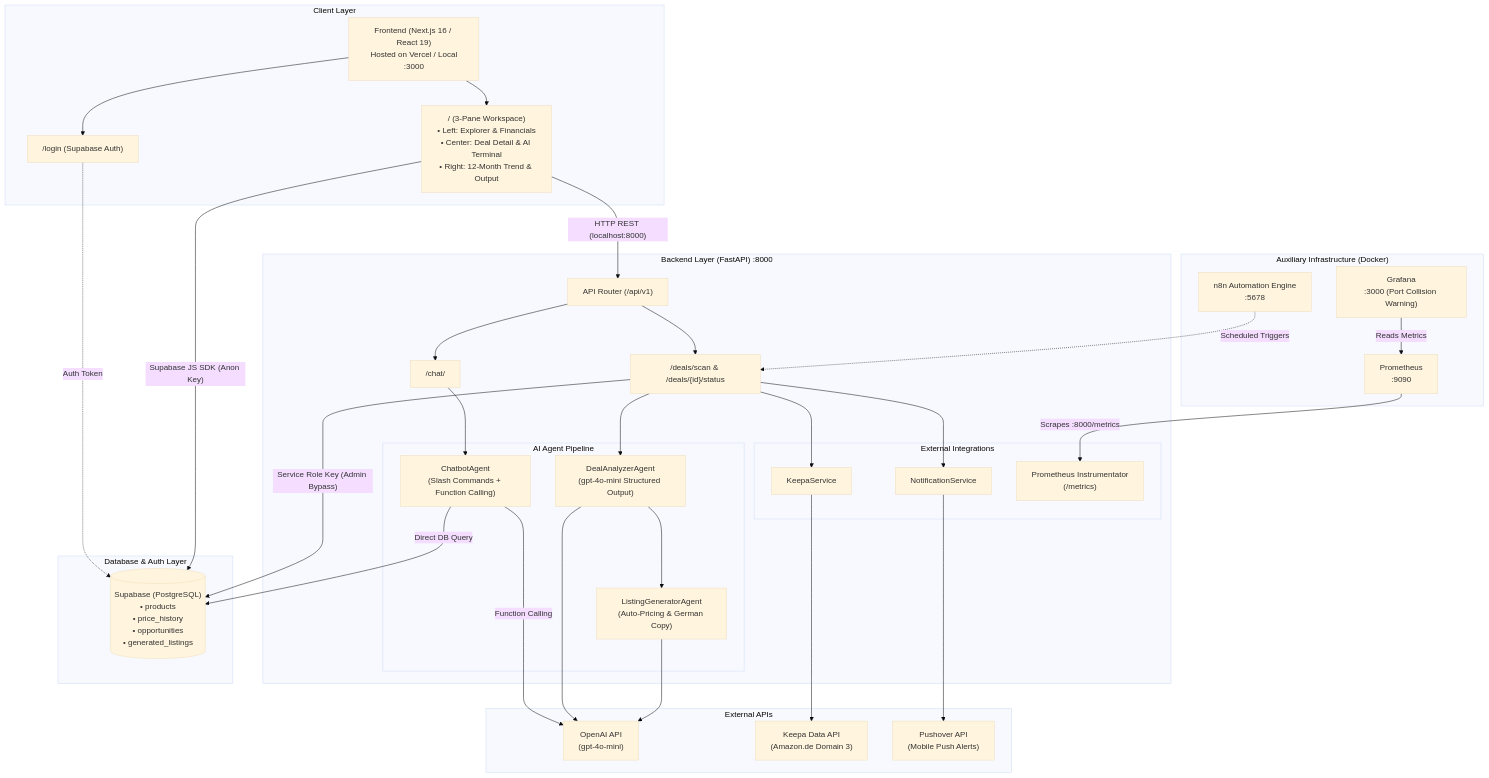
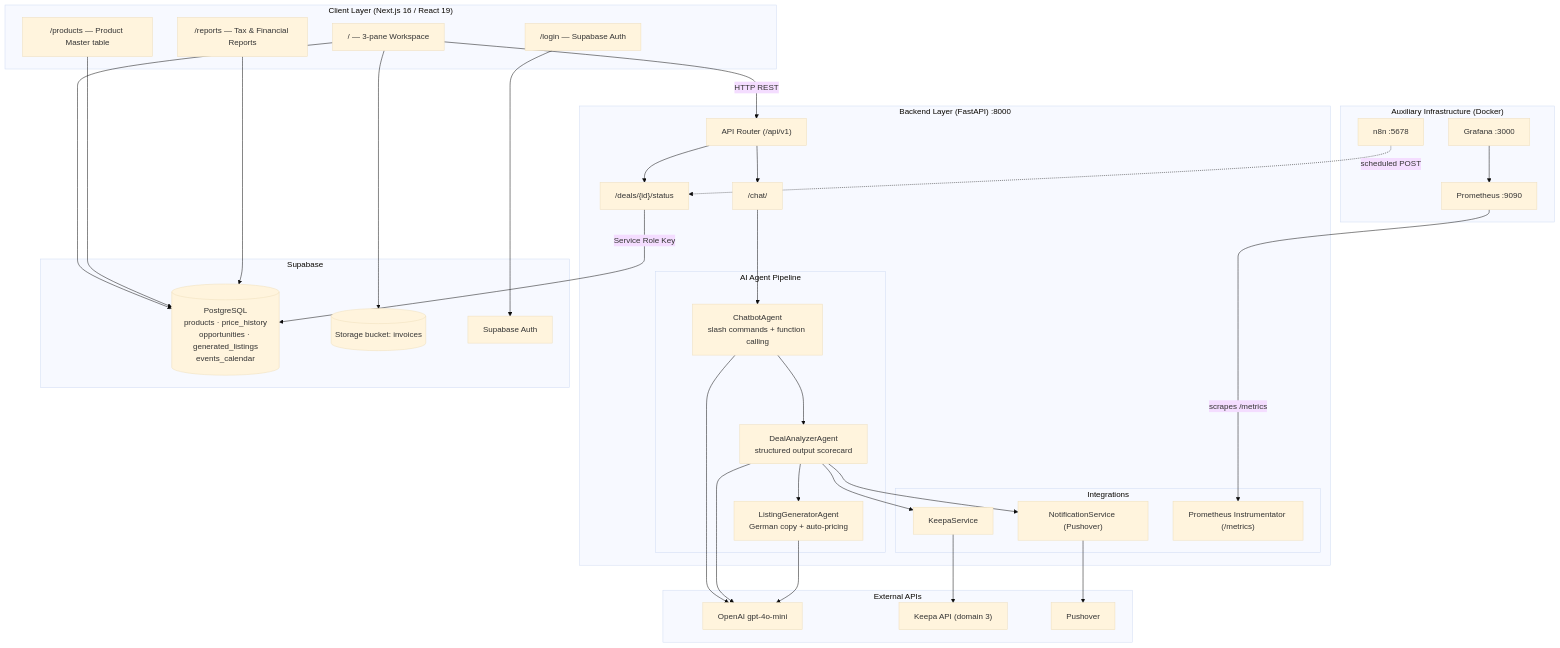
Before and after one commit to ridvanyigit/vindera-workspace: the second of 4 diagrams in TECH-DOKUMENTATION.md, drawn with Mermaid (base theme). The commit also changed other lines of this file and 9 other files, not shown here.

````diff
--- a/TECH-DOKUMENTATION.md
+++ b/TECH-DOKUMENTATION.md
@@ -62,71 +65,71 @@
 ```mermaid
 graph TB
-    subgraph Client ["Client Layer"]
-        FE["Frontend (Next.js 16 / React 19)<br/>Hosted on Vercel / Local<br/>:3000"]
-        LOGIN["/login (Supabase Auth)"]
-        DASH["/ (3-Pane Workspace)<br/>• Left: Explorer & Financials<br/>• Center: Deal Detail & AI Terminal<br/>• Right: 12-Month Trend & Output"]
+    subgraph Client ["Client Layer (Next.js 16 / React 19)"]
+        LOGIN["/login — Supabase Auth"]
+        DASH["/ — 3-pane Workspace"]
+        PROD["/products — Product Master table"]
+        REP["/reports — Tax & Financial Reports"]
     end
 
     subgraph BackendApp ["Backend Layer (FastAPI) :8000"]
         API_ROUTER["API Router (/api/v1)"]
         CHAT_EP["/chat/"]
-        DEALS_EP["/deals/scan & /deals/{id}/status"]
-        
+        DEALS_EP["/deals/{id}/status"]
+
         subgraph Agents ["AI Agent Pipeline"]
-            CHATBOT_AGENT["ChatbotAgent<br/>(Slash Commands + Function Calling)"]
-            DEAL_AGENT["DealAnalyzerAgent<br/>(gpt-4o-mini Structured Output)"]
-            LISTING_AGENT["ListingGeneratorAgent<br/>(Auto-Pricing & German Copy)"]
+            CHATBOT_AGENT["ChatbotAgent<br/>slash commands + function calling"]
+            DEAL_AGENT["DealAnalyzerAgent<br/>structured output scorecard"]
+            LISTING_AGENT["ListingGeneratorAgent<br/>German copy + auto-pricing"]
         end
 
-        subgraph Services ["External Integrations"]
+        subgraph Services ["Integrations"]
             KEEPA_SVC["KeepaService"]
-            NOTIF_SVC["NotificationService"]
-            PROM_INST["Prometheus Instrumentator<br/>(/metrics)"]
+            NOTIF_SVC["NotificationService (Pushover)"]
+            PROM_INST["Prometheus Instrumentator (/metrics)"]
         end
     end
 
-    subgraph DataLayer ["Database & Auth Layer"]
-        SUPABASE[("Supabase (PostgreSQL)<br/>• products<br/>• price_history<br/>• opportunities<br/>• generated_listings")]
+    subgraph DataLayer ["Supabase"]
+        SUPABASE[("PostgreSQL<br/>products · price_history<br/>opportunities · generated_listings<br/>events_calendar")]
+        STORAGE[("Storage bucket: invoices")]
+        AUTH["Supabase Auth"]
     end
 
     subgraph ExternalServices ["External APIs"]
-        OPENAI_API["OpenAI API<br/>(gpt-4o-mini)"]
-        KEEPA_API["Keepa Data API<br/>(Amazon.de Domain 3)"]
-        PUSHOVER_API["Pushover API<br/>(Mobile Push Alerts)"]
+        OPENAI_API["OpenAI gpt-4o-mini"]
+        KEEPA_API["Keepa API (domain 3)"]
+        PUSHOVER_API["Pushover"]
     end
 
-    subgraph AutomationAndMonitoring ["Auxiliary Infrastructure (Docker)"]
-        N8N["n8n Automation Engine<br/>:5678"]
-        PROM["Prometheus<br/>:9090"]
-        GRAFANA["Grafana<br/>:3000 (Port Collision Warning)"]
+    subgraph Infra ["Auxiliary Infrastructure (Docker)"]
+        N8N["n8n :5678"]
+        PROM["Prometheus :9090"]
+        GRAFANA["Grafana :3000"]
     end
 
-    %% Connections
-    FE --> LOGIN
-    FE --> DASH
-    LOGIN -. Auth Token .-> SUPABASE
-    DASH -- Supabase JS SDK (Anon Key) --> SUPABASE
-    DASH -- HTTP REST (localhost:8000) --> API_ROUTER
+    LOGIN --> AUTH
+    DASH --> SUPABASE
+    DASH --> STORAGE
+    PROD --> SUPABASE
+    REP --> SUPABASE
+    DASH -- HTTP REST --> API_ROUTER
 
     API_ROUTER --> CHAT_EP
     API_ROUTER --> DEALS_EP
-
     CHAT_EP --> CHATBOT_AGENT
-    DEALS_EP --> DEAL_AGENT
+    CHATBOT_AGENT --> DEAL_AGENT
     DEAL_AGENT --> LISTING_AGENT
 
-    CHATBOT_AGENT -- Function Calling --> OPENAI_API
-    CHATBOT_AGENT -- Direct DB Query --> SUPABASE
+    CHATBOT_AGENT --> OPENAI_API
     DEAL_AGENT --> OPENAI_API
     LISTING_AGENT --> OPENAI_API
+    DEAL_AGENT --> KEEPA_SVC
+    KEEPA_SVC --> KEEPA_API
+    DEAL_AGENT --> NOTIF_SVC
+    NOTIF_SVC --> PUSHOVER_API
+    DEALS_EP -- Service Role Key --> SUPABASE
 
-    DEALS_EP --> KEEPA_SVC
-    KEEPA_SVC --> KEEPA_API
-    DEALS_EP --> NOTIF_SVC
-    NOTIF_SVC --> PUSHOVER_API
-    DEALS_EP -- Service Role Key (Admin Bypass) --> SUPABASE
-
-    N8N -. Scheduled Triggers .-> DEALS_EP
-    PROM -- Scrapes :8000/metrics --> PROM_INST
-    GRAFANA -- Reads Metrics --> PROM
+    N8N -. scheduled POST .-> DEALS_EP
+    PROM -- scrapes /metrics --> PROM_INST
+    GRAFANA --> PROM
 ```
````
